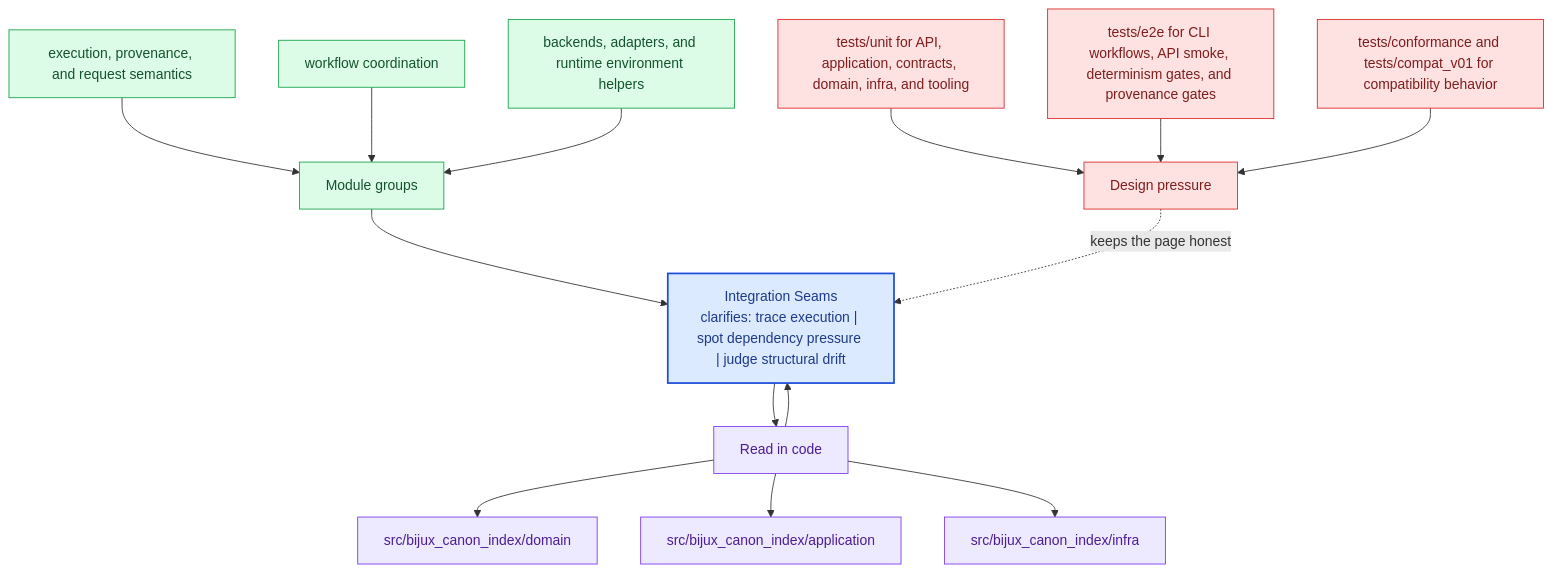
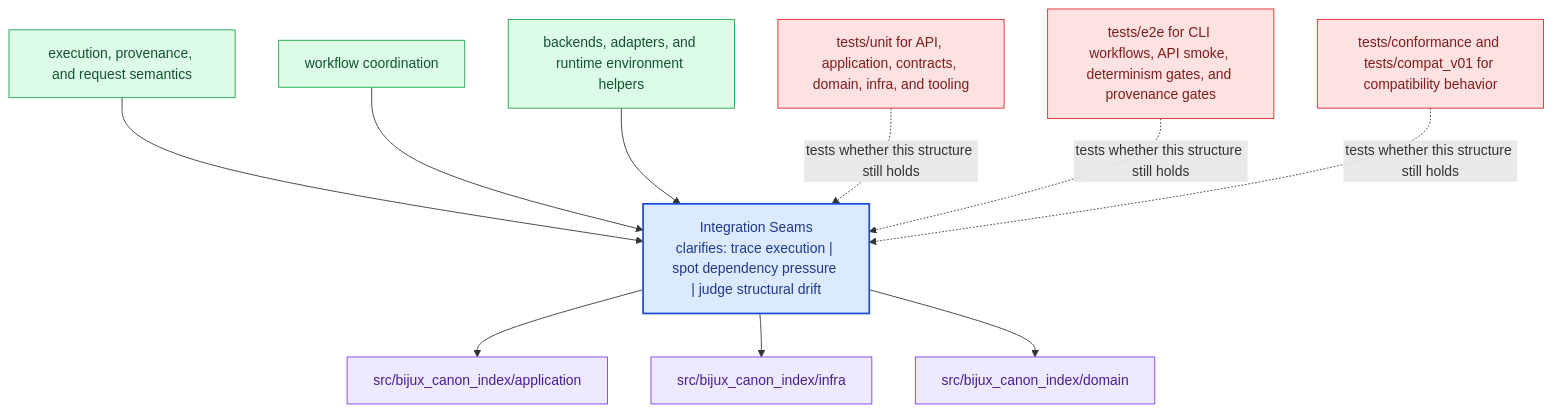
One commit to bijux/bijux-canon changed the diagram in docs/bijux-canon-index/architecture/integration-seams.md. Above: the diagram before and after it, drawn with Mermaid. The commit also changed other lines of this file and 281 other files, not shown here.

Commit message:
docs(diagrams): replace repeated mermaid scaffolds with page-specific summaries

````diff
--- a/docs/bijux-canon-index/architecture/integration-seams.md
+++ b/docs/bijux-canon-index/architecture/integration-seams.md
@@ -68,40 +23,31 @@
 ```mermaid
 flowchart TB
-    promise["Integration Seams<br/>clarifies: trace execution | spot dependency pressure | judge structural drift"]
-    classDef promise fill:#dbeafe,stroke:#1d4ed8,color:#1e3a8a,stroke-width:2px;
-    classDef driver fill:#dcfce7,stroke:#16a34a,color:#14532d;
-    classDef constraint fill:#fee2e2,stroke:#dc2626,color:#7f1d1d;
-    classDef ground fill:#ede9fe,stroke:#7c3aed,color:#4c1d95;
-    focus1["Module groups"]
-    focus1 --> promise
-    focus1_1["execution, provenance, and request semantics"]
-    focus1_1 --> focus1
-    focus1_2["workflow coordination"]
-    focus1_2 --> focus1
-    focus1_3["backends, adapters, and runtime environment helpers"]
-    focus1_3 --> focus1
-    class focus1 driver;
-    class focus1_1,focus1_2,focus1_3 driver;
-    focus2["Read in code"]
-    focus2 --> promise
-    promise --> focus2
-    focus2_1["src/bijux_canon_index/domain"]
-    focus2 --> focus2_1
-    focus2_2["src/bijux_canon_index/application"]
-    focus2 --> focus2_2
-    focus2_3["src/bijux_canon_index/infra"]
-    focus2 --> focus2_3
-    class focus2 ground;
-    class focus2_1,focus2_2,focus2_3 ground;
-    focus3["Design pressure"]
-    focus3 -.keeps the page honest.-> promise
-    focus3_1["tests/unit for API, application, contracts, domain, infra, and tooling"]
-    focus3_1 --> focus3
-    focus3_2["tests/e2e for CLI workflows, API smoke, determinism gates, and provenance gates"]
-    focus3_2 --> focus3
-    focus3_3["tests/conformance and tests/compat_v01 for compatibility behavior"]
-    focus3_3 --> focus3
-    class focus3 constraint;
-    class focus3_1,focus3_2,focus3_3 constraint;
-    class promise promise;
+    page["Integration Seams<br/>clarifies: trace execution | spot dependency pressure | judge structural drift"]
+    classDef page fill:#dbeafe,stroke:#1d4ed8,color:#1e3a8a,stroke-width:2px;
+    classDef positive fill:#dcfce7,stroke:#16a34a,color:#14532d;
+    classDef caution fill:#fee2e2,stroke:#dc2626,color:#7f1d1d;
+    classDef anchor fill:#ede9fe,stroke:#7c3aed,color:#4c1d95;
+    classDef action fill:#fef3c7,stroke:#d97706,color:#7c2d12;
+    module1["execution, provenance, and request semantics"]
+    module1 --> page
+    module2["workflow coordination"]
+    module2 --> page
+    module3["backends, adapters, and runtime environment helpers"]
+    module3 --> page
+    code1["src/bijux_canon_index/application"]
+    page --> code1
+    code2["src/bijux_canon_index/infra"]
+    page --> code2
+    code3["src/bijux_canon_index/domain"]
+    page --> code3
+    pressure1["tests/unit for API, application, contracts, domain, infra, and tooling"]
+    pressure1 -.tests whether this structure still holds.-> page
+    pressure2["tests/e2e for CLI workflows, API smoke, determinism gates, and provenance gates"]
+    pressure2 -.tests whether this structure still holds.-> page
+    pressure3["tests/conformance and tests/compat_v01 for compatibility behavior"]
+    pressure3 -.tests whether this structure still holds.-> page
+    class page page;
+    class module1,module2,module3 positive;
+    class code1,code2,code3 anchor;
+    class pressure1,pressure2,pressure3 caution;
 ```
````
